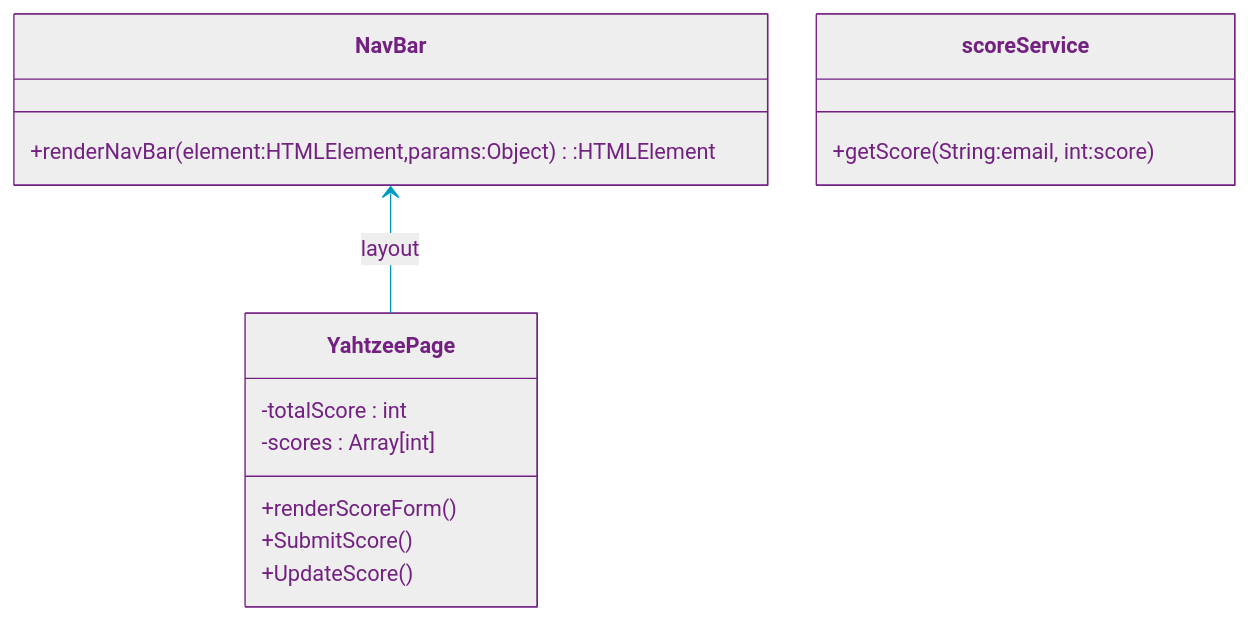
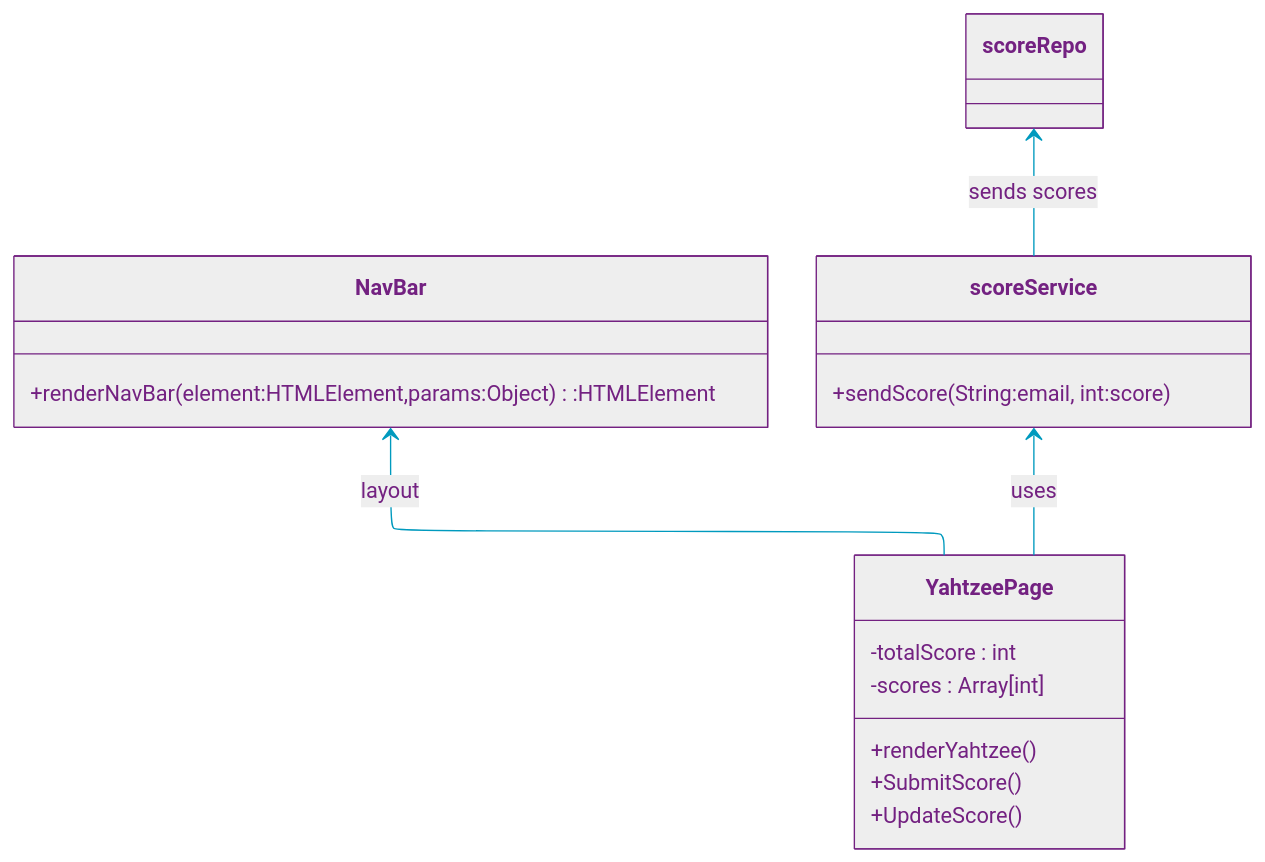
The diagram in uml/icd.md (null-0ne/COSA-195-Gamehub), drawn with Mermaid before and after one commit. The commit also changed 5 other files, not shown here.

Commit message:
got rendering of the yahtzee count page working, started work on the rendering of the score card

````diff
--- a/uml/icd.md
+++ b/uml/icd.md
@@ -3,33 +3,39 @@
 ```mermaid
 %%{init:{"securityLevel":"loose","layout":"elk","elk":{"nodePlacementStrategy":"NETWORK_SIMPLEX"},"theme":"base",
 "themeVariables":{"primaryColor":"#EEE","primaryTextColor":"#732181","primaryBorderColor":"#732181","lineColor":"#009ABE","noteBorderColor":"#732181","noteBkgColor":"#F38A00","activationBkgColor":"#F38A00"    }
 }}%%
 %%----------------------- MERMAID MARKUP BELOW --------------------%%
 classDiagram
 %%  direction LR
 
     class NavBar {
         +renderNavBar(element:HTMLElement,params:Object):HTMLElement
     }
 
+    class scoreRepo {
+
+    }
+
     class YahtzeePage {
         -totalScore : int
         -scores : Array[int]
-        +renderScoreForm()
+        +renderYahtzee()
         +SubmitScore()
         +UpdateScore()
 
     }
 
     class scoreService {
-        +getScore(String:email, int:score)
+        +sendScore(String:email, int:score)
     }
 
     %% Relationships
     NavBar <-- YahtzeePage : layout
+    scoreService<-- YahtzeePage : uses
+    scoreRepo <-- scoreService : sends scores
 
 
 
 
 %%----------------------- MERMAID MARKUP ABOVE --------------------%%
 ```
````
